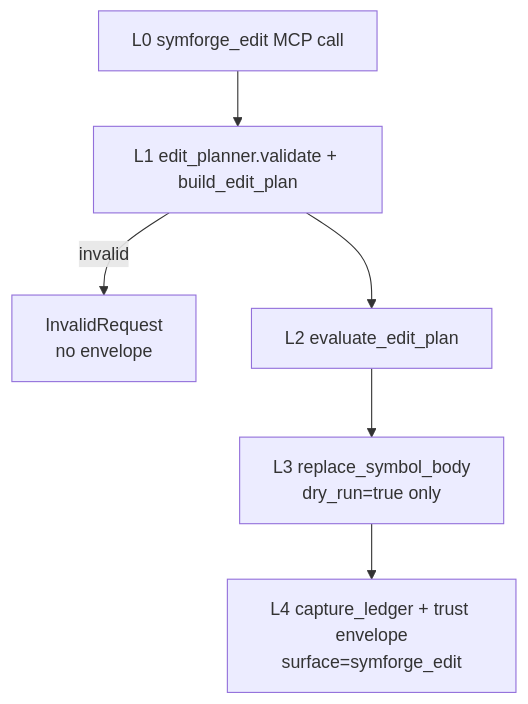
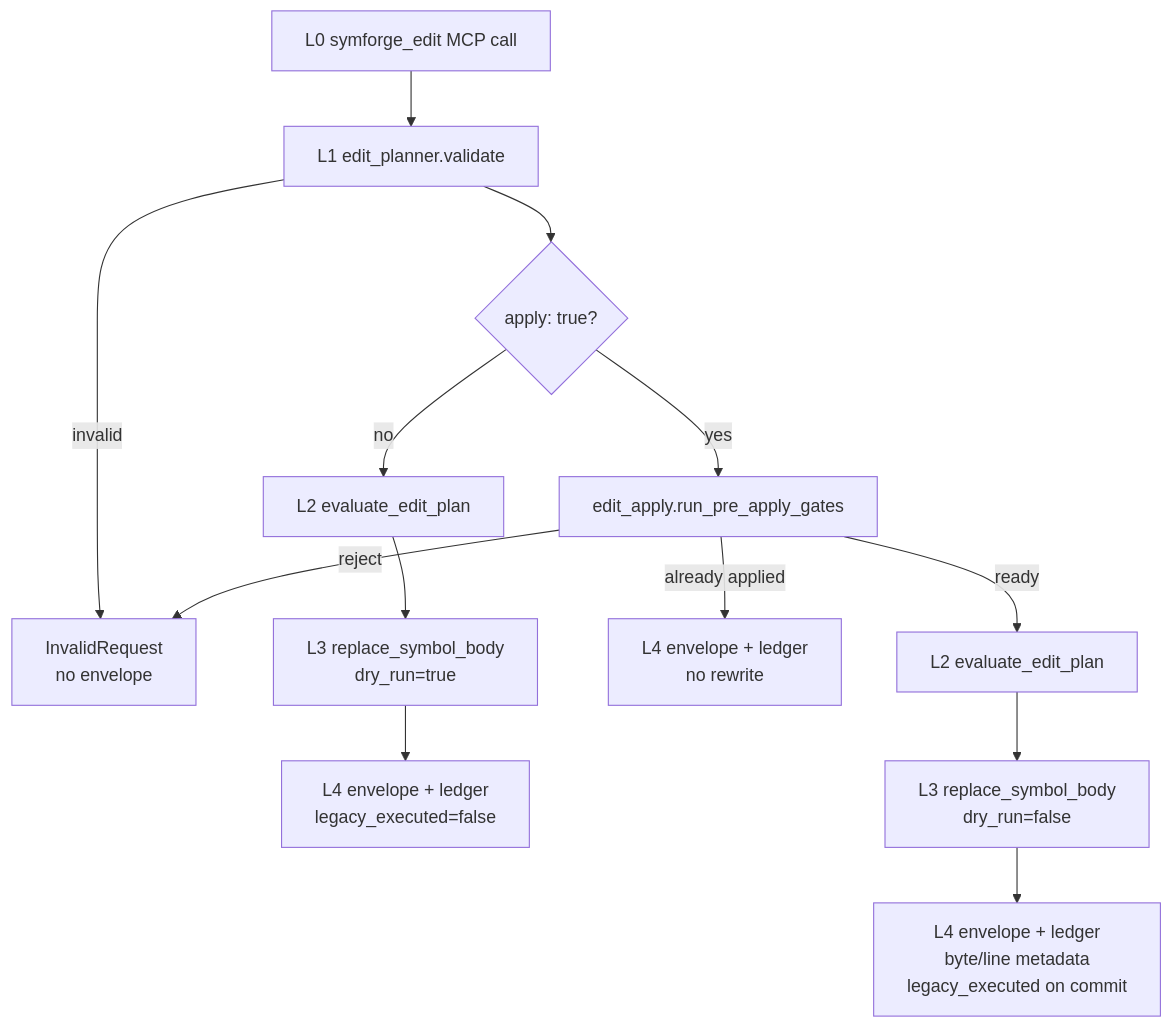
One commit to special-place-ai-heaven/symforge changed the second of 2 diagrams in docs/phase1-stel-checkpoint.md. Above: the diagram before and after it, drawn with Mermaid. The commit also changed other lines of this file, not shown here.

First line of the commit message:
Update Phase 1 STEL checkpoint for guarded symforge_edit apply

````diff
--- a/docs/phase1-stel-checkpoint.md
+++ b/docs/phase1-stel-checkpoint.md
@@ -139,8 +158,15 @@
 ```mermaid
 flowchart TD
-  E0["L0 symforge_edit MCP call"] --> EV["L1 edit_planner.validate + build_edit_plan"]
+  E0["L0 symforge_edit MCP call"] --> EV["L1 edit_planner.validate"]
   EV -->|invalid| REJ["InvalidRequest\nno envelope"]
-  EV --> EL2["L2 evaluate_edit_plan"]
-  EL2 --> ED["L3 replace_symbol_body\ndry_run=true only"]
-  ED --> EL4["L4 capture_ledger + trust envelope\nsurface=symforge_edit"]
+  EV --> A{apply: true?}
+  A -->|no| EL2P["L2 evaluate_edit_plan"]
+  EL2P --> EDP["L3 replace_symbol_body\ndry_run=true"]
+  EDP --> EL4P["L4 envelope + ledger\nlegacy_executed=false"]
+  A -->|yes| G["edit_apply.run_pre_apply_gates"]
+  G -->|reject| REJ
+  G -->|already applied| EL4A["L4 envelope + ledger\nno rewrite"]
+  G -->|ready| EL2A["L2 evaluate_edit_plan"]
+  EL2A --> EDA["L3 replace_symbol_body\ndry_run=false"]
+  EDA --> EL4C["L4 envelope + ledger\nbyte/line metadata\nlegacy_executed on commit"]
 ```
````
